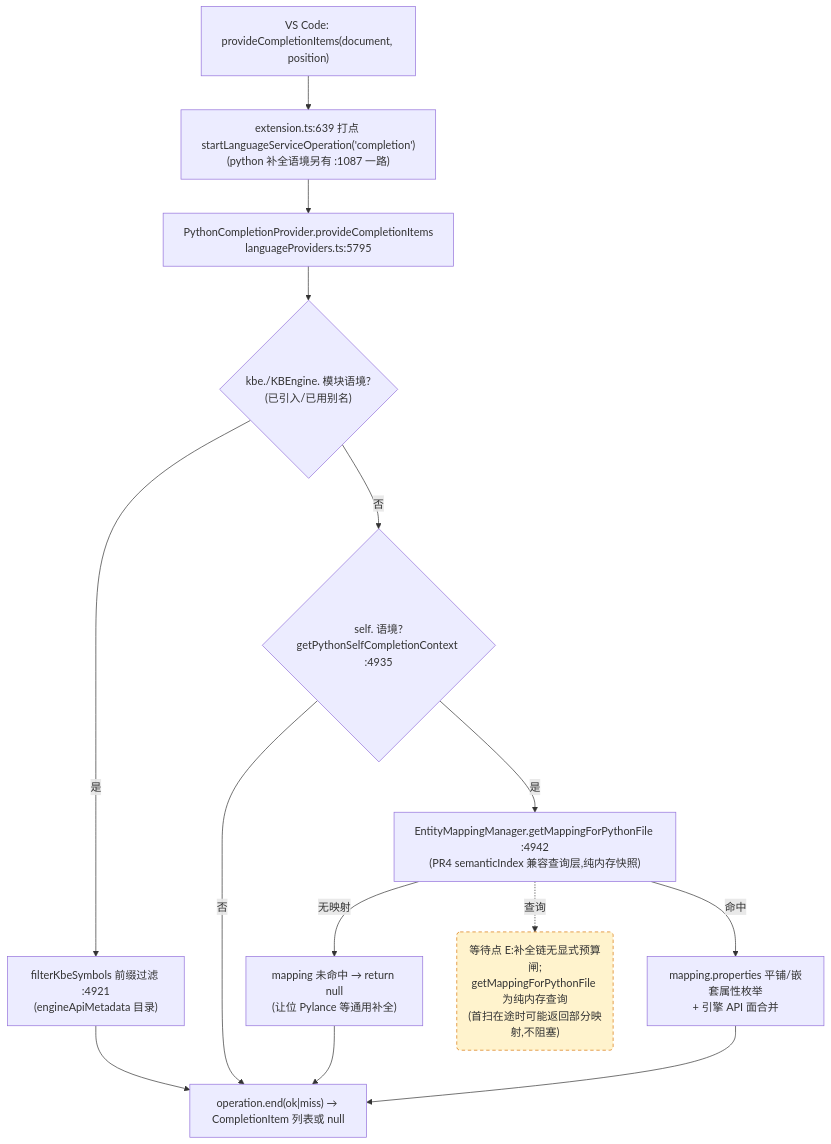
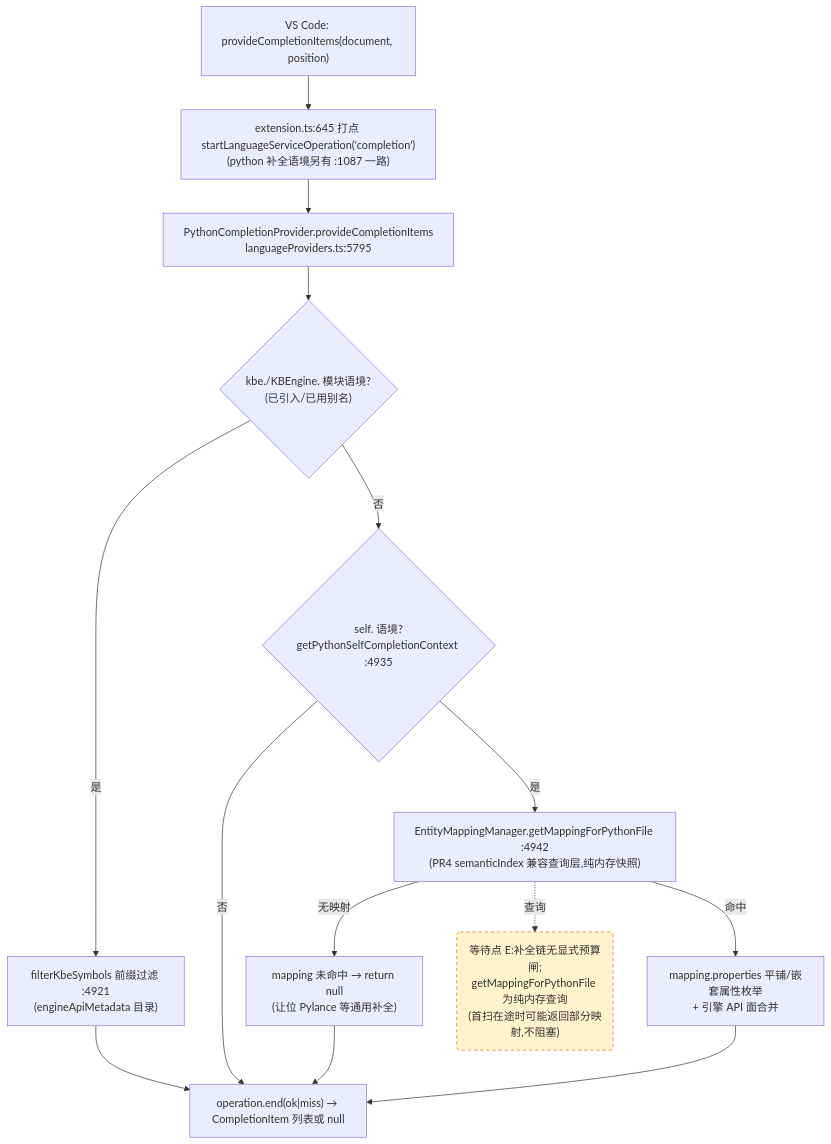
The third of 4 diagrams in docs/perf/2026-baseline.md (cuihairu/kode), drawn with Mermaid before and after one commit. The commit also changed other lines of this file and 11 other files, not shown here.

````diff
--- a/docs/perf/2026-baseline.md
+++ b/docs/perf/2026-baseline.md
@@ -184,27 +184,27 @@
 ```mermaid
 flowchart TD
   VC3["VS Code: provideCompletionItems(document, position)"]
-  M3["extension.ts:639 打点 startLanguageServiceOperation('completion')<br/>(python 补全语境另有 :1087 一路)"]
+  M3["extension.ts:645 打点 startLanguageServiceOperation('completion')<br/>(python 补全语境另有 :1087 一路)"]
   CP["PythonCompletionProvider.provideCompletionItems<br/>languageProviders.ts:5795"]
   KBEC{"kbe./KBEngine. 模块语境?<br/>(已引入/已用别名)"}
   FILTER["filterKbeSymbols 前缀过滤 :4921<br/>(engineApiMetadata 目录)"]
   SELFC{"self. 语境?<br/>getPythonSelfCompletionContext :4935"}
   MAP["EntityMappingManager.getMappingForPythonFile :4942<br/>(PR4 semanticIndex 兼容查询层,纯内存快照)"]
   NOMAP["mapping 未命中 → return null<br/>(让位 Pylance 等通用补全)"]
   PROPS["mapping.properties 平铺/嵌套属性枚举<br/>+ 引擎 API 面合并"]
   END3["operation.end(ok|miss) → CompletionItem 列表或 null"]
 
   VC3 --> M3 --> CP --> KBEC
   KBEC -- "是" --> FILTER --> END3
   KBEC -- "否" --> SELFC
   SELFC -- "否" --> END3
   SELFC -- "是" --> MAP
   MAP -- "无映射" --> NOMAP --> END3
   MAP -- "命中" --> PROPS --> END3
 
   WAITE("等待点 E:补全链无显式预算闸;<br/>getMappingForPythonFile 为纯内存查询<br/>(首扫在途时可能返回部分映射,不阻塞)")
   MAP -.->|查询| WAITE
 
   classDef waitPoint fill:#fff3cd,stroke:#d97706,stroke-dasharray:5 4;
   class WAITE waitPoint;
 ```
````
